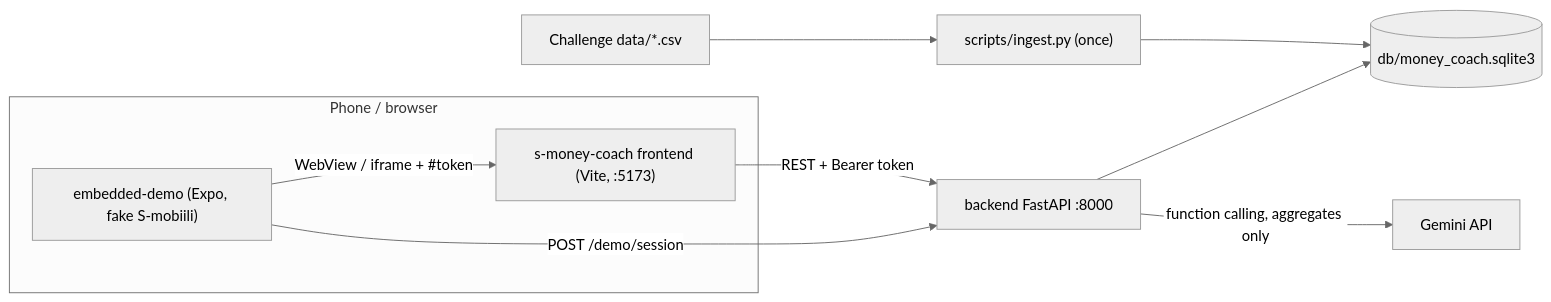
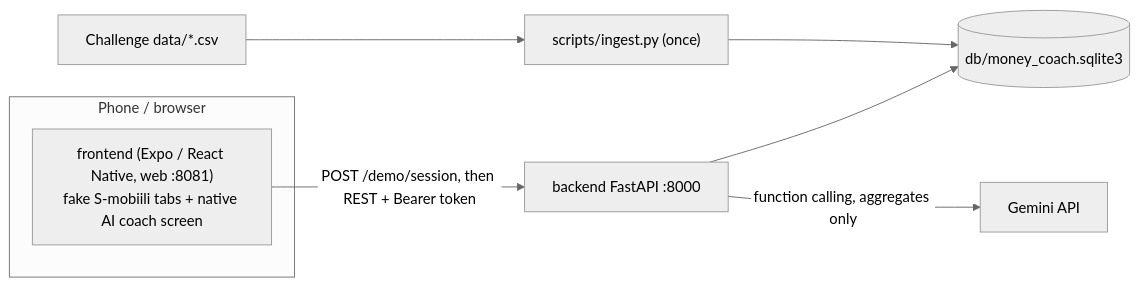
One commit to veiston/Junction2026 changed the fourth of 4 diagrams in docs/architecture.md. Above: the diagram before and after it, drawn with Mermaid (neutral theme). The commit also changed other lines of this file and 4 other files, not shown here.

Commit message:
docs: ADR 0013 single Expo app, update architecture, requirements and filesystem

````diff
--- a/docs/architecture.md
+++ b/docs/architecture.md
@@ -91,14 +91,11 @@
 ```mermaid
 flowchart LR
   subgraph Phone["Phone / browser"]
-    ED["embedded-demo (Expo, fake S-mobiili)"]
-    CO["s-money-coach frontend (Vite, :5173)"]
-    ED -->|WebView / iframe + #token| CO
+    FE["frontend (Expo / React Native, web :8081)<br/>fake S-mobiili tabs + native AI coach screen"]
   end
-  ED -->|POST /demo/session| BE
-  CO -->|REST + Bearer token| BE["backend FastAPI :8000"]
+  FE -->|POST /demo/session, then REST + Bearer token| BE["backend FastAPI :8000"]
   BE --> DB[("db/money_coach.sqlite3")]
   BE -->|function calling, aggregates only| GM["Gemini API"]
   ING["scripts/ingest.py (once)"] --> DB
   CSV["Challenge data/*.csv"] --> ING
 ```
````
